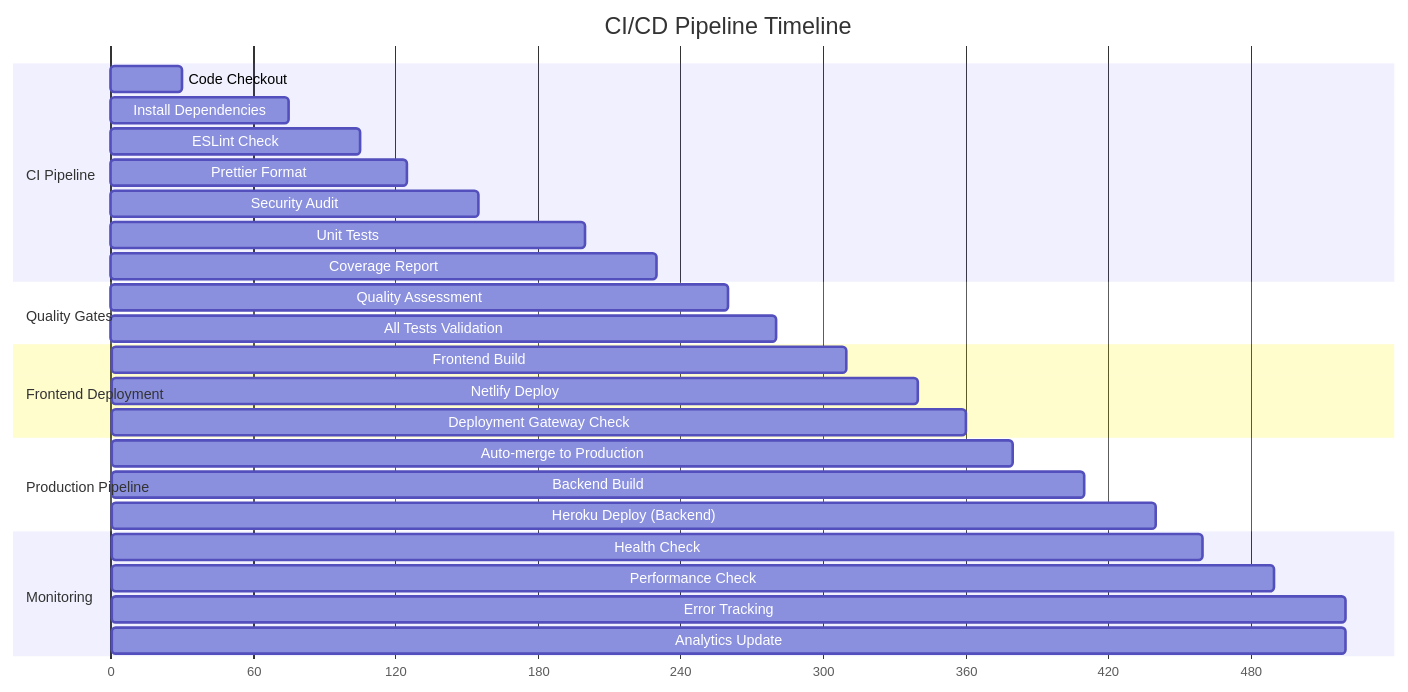
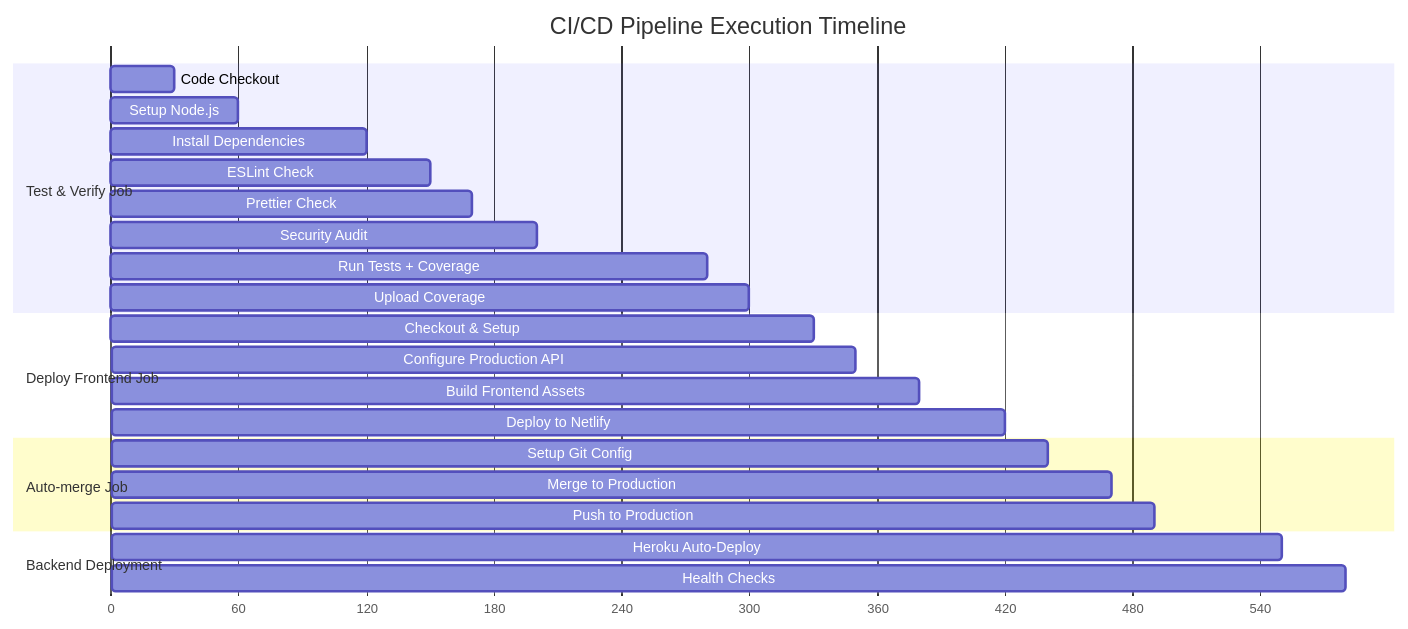
One commit to rynandasonduty/blackjackjs-cicd changed the second of 4 diagrams in README.md. Above: the diagram before and after it, drawn with Mermaid. The commit also changed other lines of this file and 3 other files, not shown here.

````diff
--- a/README.md
+++ b/README.md
@@ -177,35 +176,31 @@
 ```mermaid
 gantt
-    title CI/CD Pipeline Timeline
+    title CI/CD Pipeline Execution Timeline
     dateFormat  X
     axisFormat %s
 
-    section CI Pipeline
+    section Test & Verify Job
     Code Checkout     :0, 30
-    Install Dependencies :30, 75
-    ESLint Check      :75, 105
-    Prettier Format   :105, 125
-    Security Audit    :125, 155
-    Unit Tests        :155, 200
-    Coverage Report   :200, 230
+    Setup Node.js     :30, 60
+    Install Dependencies :60, 120
+    ESLint Check      :120, 150
+    Prettier Check    :150, 170
+    Security Audit    :170, 200
+    Run Tests + Coverage :200, 280
+    Upload Coverage   :280, 300
 
-    section Quality Gates
-    Quality Assessment :230, 260
-    All Tests Validation :260, 280
+    section Deploy Frontend Job
+    Checkout & Setup  :300, 330
+    Configure Production API :330, 350
+    Build Frontend Assets :350, 380
+    Deploy to Netlify :380, 420
 
-    section Frontend Deployment
-    Frontend Build    :280, 310
-    Netlify Deploy    :310, 340
-    Deployment Gateway Check :340, 360
+    section Auto-merge Job
+    Setup Git Config  :420, 440
+    Merge to Production :440, 470
+    Push to Production :470, 490
 
-    section Production Pipeline
-    Auto-merge to Production :360, 380
-    Backend Build     :380, 410
-    Heroku Deploy (Backend) :410, 440
-
-    section Monitoring
-    Health Check      :440, 460
-    Performance Check :460, 490
-    Error Tracking    :460, 520
-    Analytics Update  :460, 520
+    section Backend Deployment
+    Heroku Auto-Deploy :490, 550
+    Health Checks     :550, 580
 ```
````
